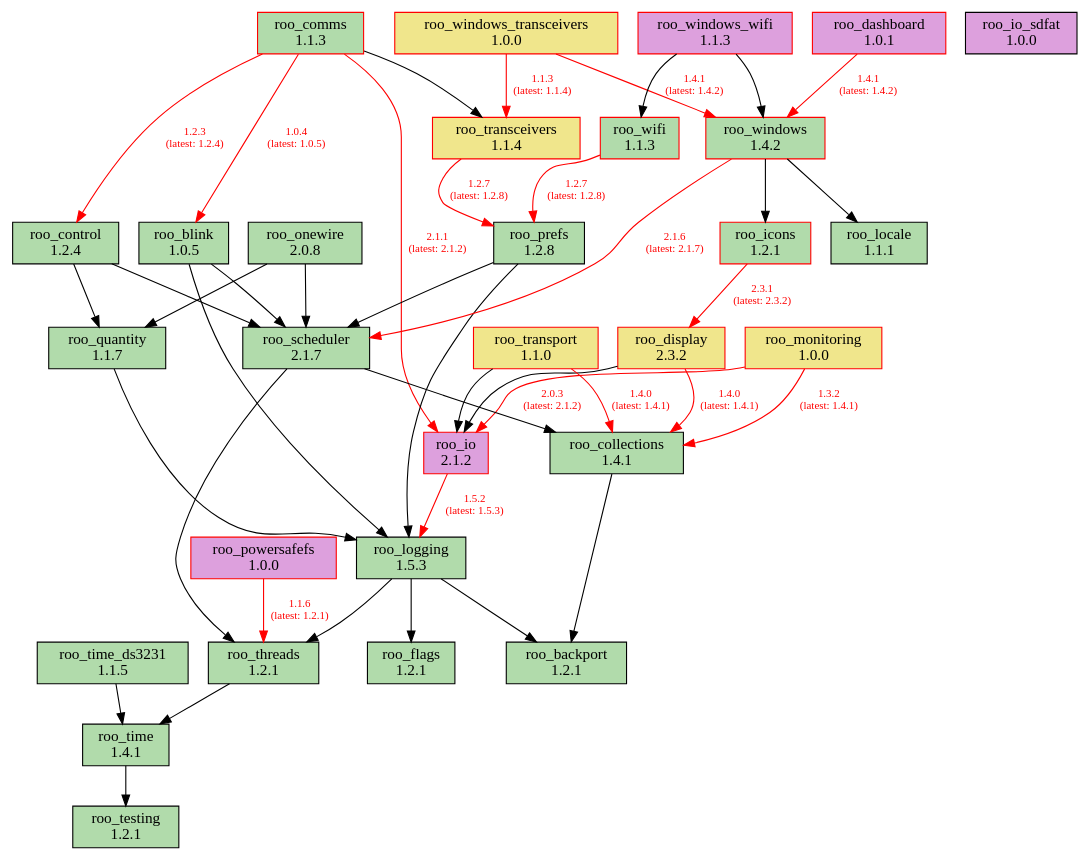
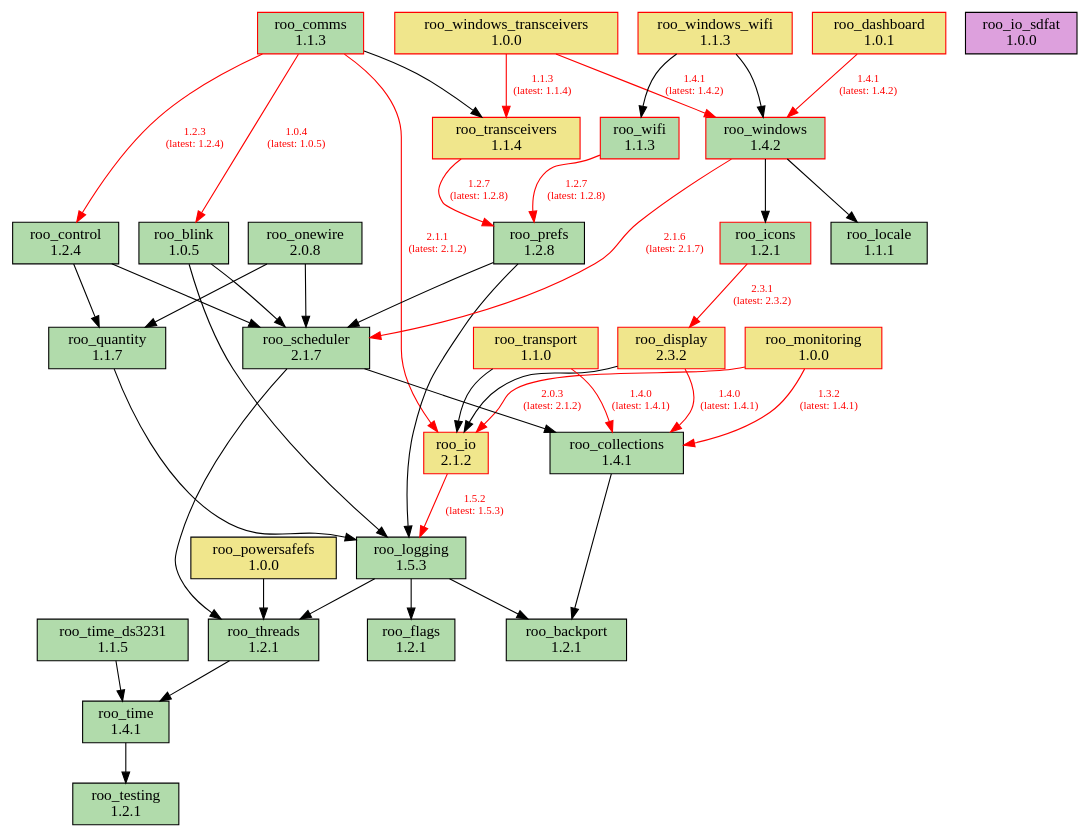
One commit to dejwk/roo-registry changed the diagram in doc/dependencies.dot. Above: the diagram before and after it, drawn with Graphviz. The commit also changed 1 other file, not shown here.

Commit message:
Updated the graph status.

```diff
--- a/doc/dependencies.dot
+++ b/doc/dependencies.dot
@@ -1,79 +1,79 @@
 digraph dependencies {
     rankdir=TB;
     node [shape=box, style=filled];
     edge [fontsize=10];
 
     // Modules
     "roo_backport" [label="roo_backport\n1.2.1", fillcolor="#b1dbab", color="black"];
     "roo_blink" [label="roo_blink\n1.0.5", fillcolor="#b1dbab", color="black"];
     "roo_collections" [label="roo_collections\n1.4.1", fillcolor="#b1dbab", color="black"];
     "roo_comms" [label="roo_comms\n1.1.3", fillcolor="#b1dbab", color="red"];
     "roo_control" [label="roo_control\n1.2.4", fillcolor="#b1dbab", color="black"];
-    "roo_dashboard" [label="roo_dashboard\n1.0.1", fillcolor="plum", color="red"];
+    "roo_dashboard" [label="roo_dashboard\n1.0.1", fillcolor="khaki", color="red"];
     "roo_display" [label="roo_display\n2.3.2", fillcolor="khaki", color="red"];
     "roo_flags" [label="roo_flags\n1.2.1", fillcolor="#b1dbab", color="black"];
     "roo_icons" [label="roo_icons\n1.2.1", fillcolor="#b1dbab", color="red"];
-    "roo_io" [label="roo_io\n2.1.2", fillcolor="plum", color="red"];
+    "roo_io" [label="roo_io\n2.1.2", fillcolor="khaki", color="red"];
     "roo_io_sdfat" [label="roo_io_sdfat\n1.0.0", fillcolor="plum", color="black"];
     "roo_locale" [label="roo_locale\n1.1.1", fillcolor="#b1dbab", color="black"];
     "roo_logging" [label="roo_logging\n1.5.3", fillcolor="#b1dbab", color="black"];
     "roo_monitoring" [label="roo_monitoring\n1.0.0", fillcolor="khaki", color="red"];
     "roo_onewire" [label="roo_onewire\n2.0.8", fillcolor="#b1dbab", color="black"];
-    "roo_powersafefs" [label="roo_powersafefs\n1.0.0", fillcolor="plum", color="red"];
+    "roo_powersafefs" [label="roo_powersafefs\n1.0.0", fillcolor="khaki", color="black"];
     "roo_prefs" [label="roo_prefs\n1.2.8", fillcolor="#b1dbab", color="black"];
     "roo_quantity" [label="roo_quantity\n1.1.7", fillcolor="#b1dbab", color="black"];
     "roo_scheduler" [label="roo_scheduler\n2.1.7", fillcolor="#b1dbab", color="black"];
     "roo_testing" [label="roo_testing\n1.2.1", fillcolor="#b1dbab", color="black"];
     "roo_threads" [label="roo_threads\n1.2.1", fillcolor="#b1dbab", color="black"];
     "roo_time" [label="roo_time\n1.4.1", fillcolor="#b1dbab", color="black"];
     "roo_time_ds3231" [label="roo_time_ds3231\n1.1.5", fillcolor="#b1dbab", color="black"];
     "roo_transceivers" [label="roo_transceivers\n1.1.4", fillcolor="khaki", color="red"];
     "roo_transport" [label="roo_transport\n1.1.0", fillcolor="khaki", color="red"];
     "roo_wifi" [label="roo_wifi\n1.1.3", fillcolor="#b1dbab", color="red"];
     "roo_windows" [label="roo_windows\n1.4.2", fillcolor="#b1dbab", color="red"];
     "roo_windows_transceivers" [label="roo_windows_transceivers\n1.0.0", fillcolor="khaki", color="red"];
-    "roo_windows_wifi" [label="roo_windows_wifi\n1.1.3", fillcolor="plum", color="red"];
+    "roo_windows_wifi" [label="roo_windows_wifi\n1.1.3", fillcolor="khaki", color="red"];
 
     // Dependencies
     "roo_blink" -> "roo_logging";
     "roo_blink" -> "roo_scheduler";
     "roo_collections" -> "roo_backport";
     "roo_comms" -> "roo_blink" [color=red, fontcolor=red, label="1.0.4\n(latest: 1.0.5)"];
     "roo_comms" -> "roo_control" [color=red, fontcolor=red, label="1.2.3\n(latest: 1.2.4)"];
     "roo_comms" -> "roo_io" [color=red, fontcolor=red, label="2.1.1\n(latest: 2.1.2)"];
     "roo_comms" -> "roo_transceivers";
     "roo_control" -> "roo_quantity";
     "roo_control" -> "roo_scheduler";
     "roo_dashboard" -> "roo_windows" [color=red, fontcolor=red, label="1.4.1\n(latest: 1.4.2)"];
     "roo_display" -> "roo_collections" [color=red, fontcolor=red, label="1.4.0\n(latest: 1.4.1)"];
     "roo_display" -> "roo_io";
     "roo_icons" -> "roo_display" [color=red, fontcolor=red, label="2.3.1\n(latest: 2.3.2)"];
     "roo_io" -> "roo_logging" [color=red, fontcolor=red, label="1.5.2\n(latest: 1.5.3)"];
     "roo_logging" -> "roo_backport";
     "roo_logging" -> "roo_flags";
     "roo_logging" -> "roo_threads";
     "roo_monitoring" -> "roo_collections" [color=red, fontcolor=red, label="1.3.2\n(latest: 1.4.1)"];
     "roo_monitoring" -> "roo_io" [color=red, fontcolor=red, label="2.0.3\n(latest: 2.1.2)"];
     "roo_onewire" -> "roo_scheduler";
     "roo_onewire" -> "roo_quantity";
-    "roo_powersafefs" -> "roo_threads" [color=red, fontcolor=red, label="1.1.6\n(latest: 1.2.1)"];
+    "roo_powersafefs" -> "roo_threads";
     "roo_prefs" -> "roo_logging";
     "roo_prefs" -> "roo_scheduler";
     "roo_quantity" -> "roo_logging";
     "roo_scheduler" -> "roo_collections";
     "roo_scheduler" -> "roo_threads";
     "roo_threads" -> "roo_time";
     "roo_time" -> "roo_testing";
     "roo_time_ds3231" -> "roo_time";
     "roo_transceivers" -> "roo_prefs" [color=red, fontcolor=red, label="1.2.7\n(latest: 1.2.8)"];
     "roo_transport" -> "roo_collections" [color=red, fontcolor=red, label="1.4.0\n(latest: 1.4.1)"];
     "roo_transport" -> "roo_io";
     "roo_wifi" -> "roo_prefs" [color=red, fontcolor=red, label="1.2.7\n(latest: 1.2.8)"];
     "roo_windows" -> "roo_locale";
     "roo_windows" -> "roo_icons";
     "roo_windows" -> "roo_scheduler" [color=red, fontcolor=red, label="2.1.6\n(latest: 2.1.7)"];
     "roo_windows_transceivers" -> "roo_transceivers" [color=red, fontcolor=red, label="1.1.3\n(latest: 1.1.4)"];
     "roo_windows_transceivers" -> "roo_windows" [color=red, fontcolor=red, label="1.4.1\n(latest: 1.4.2)"];
     "roo_windows_wifi" -> "roo_wifi";
     "roo_windows_wifi" -> "roo_windows";
 }
```
